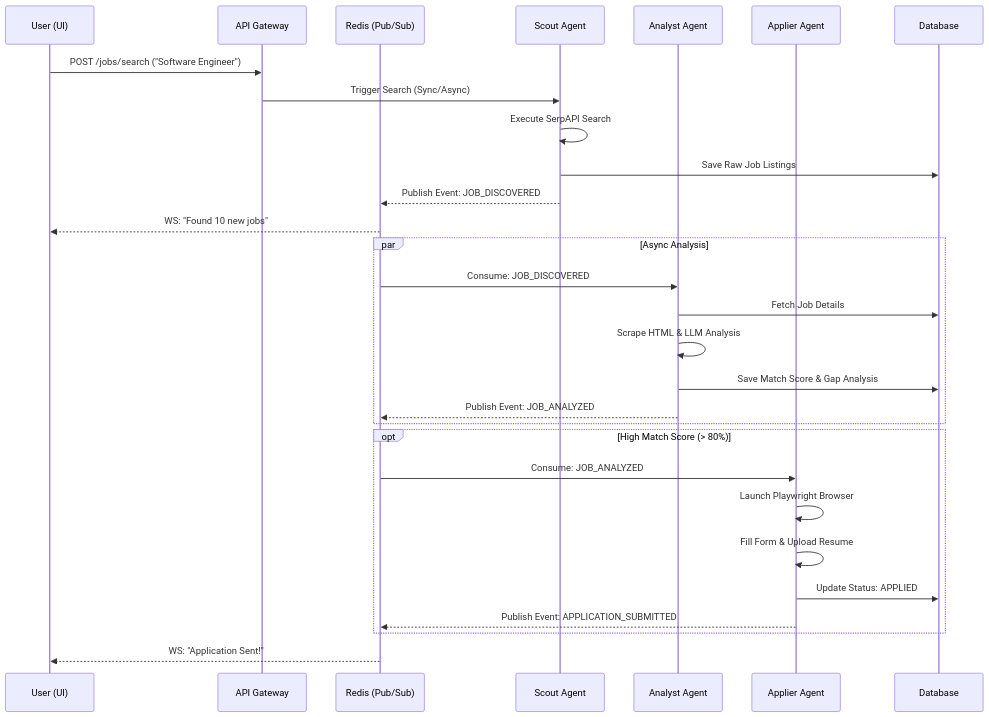
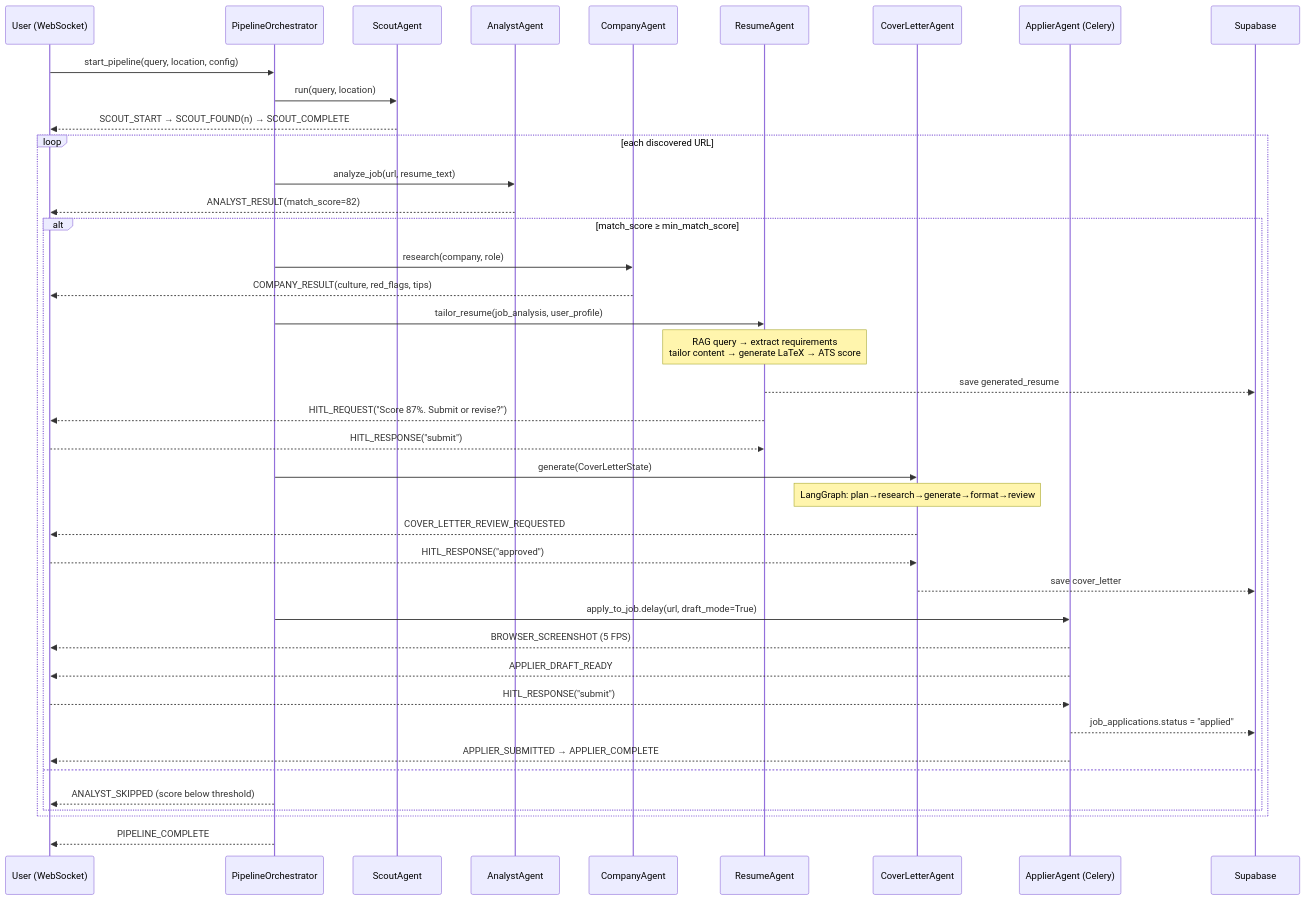
One commit to Harish24-10-2005/JobStream-backend changed the third of 6 diagrams in MASTER_ARCHITECTURE.md. Above: the diagram before and after it, drawn with Mermaid. The commit also changed other lines of this file and 67 other files, not shown here.

````diff
--- a/MASTER_ARCHITECTURE.md
+++ b/MASTER_ARCHITECTURE.md
@@ -68,35 +192,49 @@
 ```mermaid
 sequenceDiagram
-    participant U as User (UI)
-    participant A as API Gateway
-    participant R as Redis (Pub/Sub)
-    participant S as Scout Agent
-    participant AN as Analyst Agent
-    participant AP as Applier Agent
-    participant D as Database
+    participant U as User (WebSocket)
+    participant P as PipelineOrchestrator
+    participant S as ScoutAgent
+    participant AN as AnalystAgent
+    participant CO as CompanyAgent
+    participant R as ResumeAgent
+    participant CL as CoverLetterAgent
+    participant AP as ApplierAgent (Celery)
+    participant DB as Supabase
 
-    U->>A: POST /jobs/search ("Software Engineer")
-    A->>S: Trigger Search (Sync/Async)
-    S->>S: Execute SerpAPI Search
-    S->>D: Save Raw Job Listings
-    S-->>R: Publish Event: JOB_DISCOVERED
-    R-->>U: WS: "Found 10 new jobs"
-    
-    par Async Analysis
-        R->>AN: Consume: JOB_DISCOVERED
-        AN->>D: Fetch Job Details
-        AN->>AN: Scrape HTML & LLM Analysis
-        AN->>D: Save Match Score & Gap Analysis
-        AN-->>R: Publish Event: JOB_ANALYZED
+    U->>P: start_pipeline(query, location, config)
+    P->>S: run(query, location)
+    S-->>U: SCOUT_START → SCOUT_FOUND(n) → SCOUT_COMPLETE
+
+    loop each discovered URL
+        P->>AN: analyze_job(url, resume_text)
+        AN-->>U: ANALYST_RESULT(match_score=82)
+
+        alt match_score ≥ min_match_score
+            P->>CO: research(company, role)
+            CO-->>U: COMPANY_RESULT(culture, red_flags, tips)
+
+            P->>R: tailor_resume(job_analysis, user_profile)
+            Note over R: RAG query → extract requirements<br/>tailor content → generate LaTeX → ATS score
+            R-->>DB: save generated_resume
+            R-->>U: HITL_REQUEST("Score 87%. Submit or revise?")
+            U-->>R: HITL_RESPONSE("submit")
+
+            P->>CL: generate(CoverLetterState)
+            Note over CL: LangGraph: plan→research→generate→format→review
+            CL-->>U: COVER_LETTER_REVIEW_REQUESTED
+            U-->>CL: HITL_RESPONSE("approved")
+            CL-->>DB: save cover_letter
+
+            P->>AP: apply_to_job.delay(url, draft_mode=True)
+            AP-->>U: BROWSER_SCREENSHOT (5 FPS)
+            AP-->>U: APPLIER_DRAFT_READY
+            U-->>AP: HITL_RESPONSE("submit")
+            AP-->>DB: job_applications.status = "applied"
+            AP-->>U: APPLIER_SUBMITTED → APPLIER_COMPLETE
+        else
+            P-->>U: ANALYST_SKIPPED (score below threshold)
+        end
     end
 
-    opt High Match Score (> 80%)
-        R->>AP: Consume: JOB_ANALYZED
-        AP->>AP: Launch Playwright Browser
-        AP->>AP: Fill Form & Upload Resume
-        AP->>D: Update Status: APPLIED
-        AP-->>R: Publish Event: APPLICATION_SUBMITTED
-    end
-    
-    R-->>U: WS: "Application Sent!"
+    P-->>U: PIPELINE_COMPLETE
 ```
````
